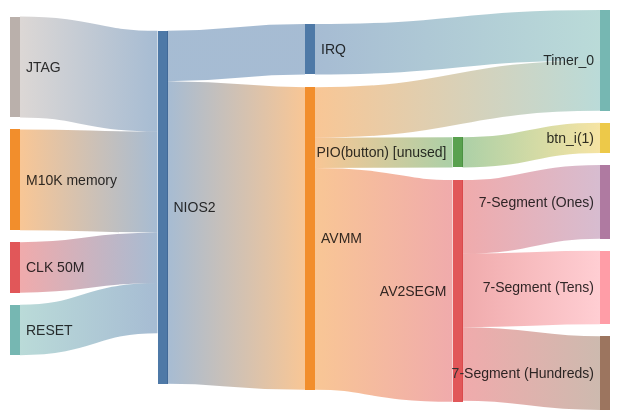
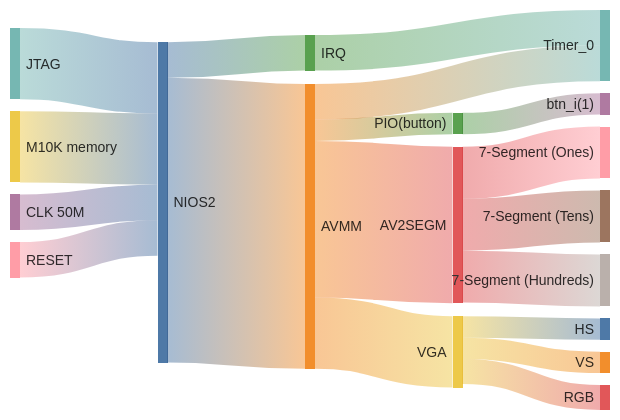
Before and after one commit to ESN2025/GEOFFRE_Project: the first of 2 diagrams in readme.md, drawn with Mermaid. The commit also changed other lines of this file and 494 other files, not shown here.

````diff
--- a/readme.md
+++ b/readme.md
@@ -40,22 +42,26 @@
 ```mermaid
 ---
 config:
   sankey:
     showValues: false
 ---
 sankey-beta
-NIOS2, AVMM, 0.3
+NIOS2, AVMM, 0.4
 AVMM, AV2SEGM, 0.22
 AVMM, Timer_0, 0.05
-AVMM, PIO(button) [unused], 0.03
-PIO(button) [unused], btn_i(1), 0.03
+AVMM, PIO(button), 0.03
+AVMM, VGA, 0.1
+PIO(button), btn_i(1), 0.03
 AV2SEGM, 7-Segment (Ones), 0.073
 AV2SEGM, 7-Segment (Tens), 0.073
 AV2SEGM, 7-Segment (Hundreds), 0.073
+VGA, HS, 0.03
+VGA, VS, 0.03
+VGA, RGB, 0.035
 JTAG, NIOS2, 0.1
 NIOS2, IRQ, 0.05
 IRQ, Timer_0, 0.05
 M10K memory, NIOS2, 0.1
 CLK 50M, NIOS2, 0.05
 RESET, NIOS2, 0.05
 ```
````
